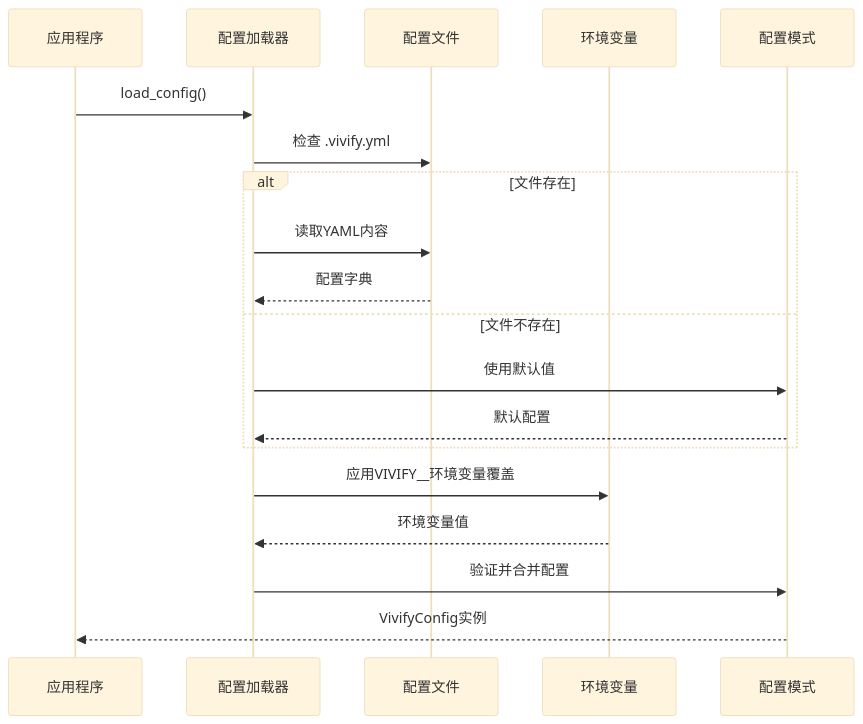
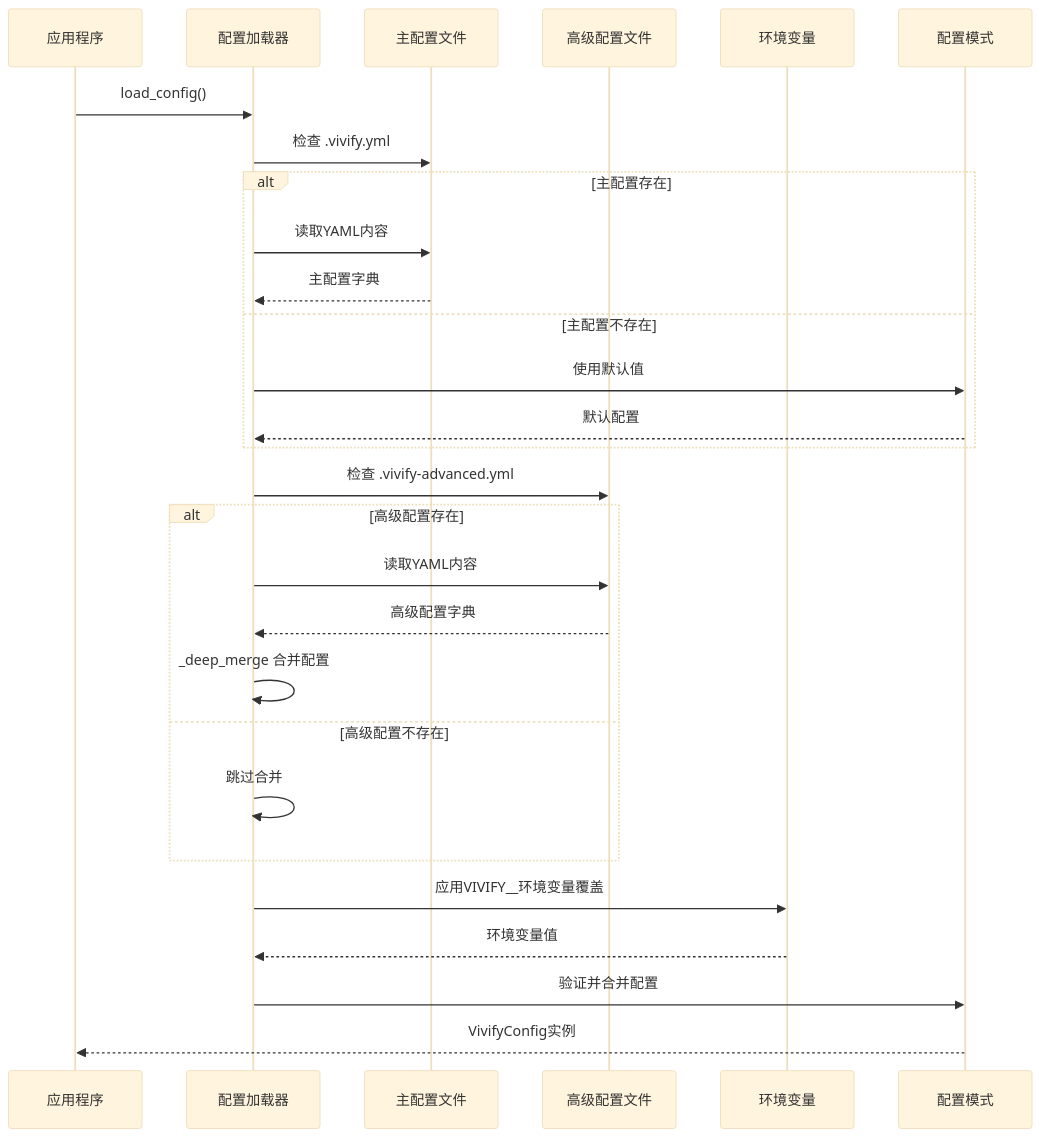
Before and after one commit to pinsonchen/vivify: the second of 9 diagrams in .qoder/repowiki/zh/content/技术实现参考/配置文件更新/配置文件更新.md, drawn with Mermaid (base theme). The commit also changed other lines of this file and 25 other files, not shown here.

````diff
--- a/.qoder/repowiki/zh/content/技术实现参考/配置文件更新/配置文件更新.md
+++ b/.qoder/repowiki/zh/content/技术实现参考/配置文件更新/配置文件更新.md
@@ -283,21 +274,30 @@
 ```mermaid
 sequenceDiagram
 participant App as 应用程序
 participant Loader as 配置加载器
-participant File as 配置文件
+participant MainCfg as 主配置文件
+participant AdvCfg as 高级配置文件
 participant Env as 环境变量
 participant Schema as 配置模式
 App->>Loader : load_config()
-Loader->>File : 检查 .vivify.yml
-alt 文件存在
-Loader->>File : 读取YAML内容
-File-->>Loader : 配置字典
-else 文件不存在
+Loader->>MainCfg : 检查 .vivify.yml
+alt 主配置存在
+Loader->>MainCfg : 读取YAML内容
+MainCfg-->>Loader : 主配置字典
+else 主配置不存在
 Loader->>Schema : 使用默认值
 Schema-->>Loader : 默认配置
+end
+Loader->>AdvCfg : 检查 .vivify-advanced.yml
+alt 高级配置存在
+Loader->>AdvCfg : 读取YAML内容
+AdvCfg-->>Loader : 高级配置字典
+Loader->>Loader : _deep_merge 合并配置
+else 高级配置不存在
+Loader->>Loader : 跳过合并
 end
 Loader->>Env : 应用VIVIFY__环境变量覆盖
 Env-->>Loader : 环境变量值
 Loader->>Schema : 验证并合并配置
 Schema-->>App : VivifyConfig实例
 ```
````
